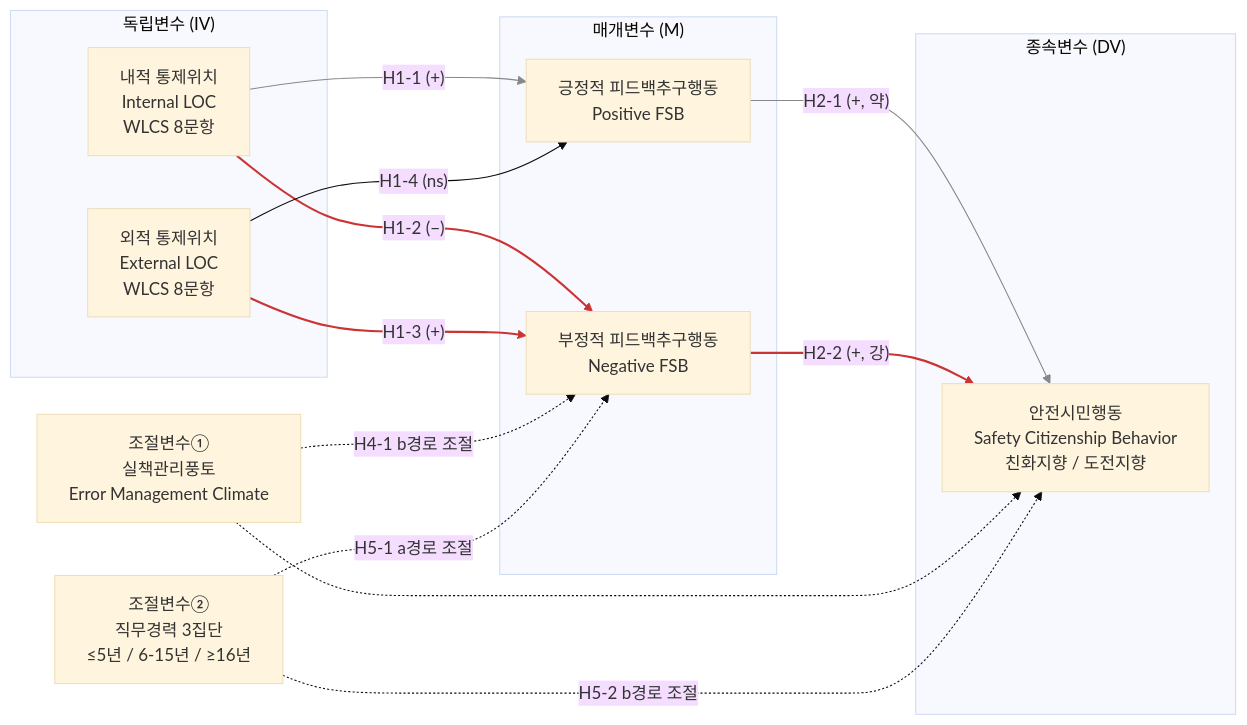
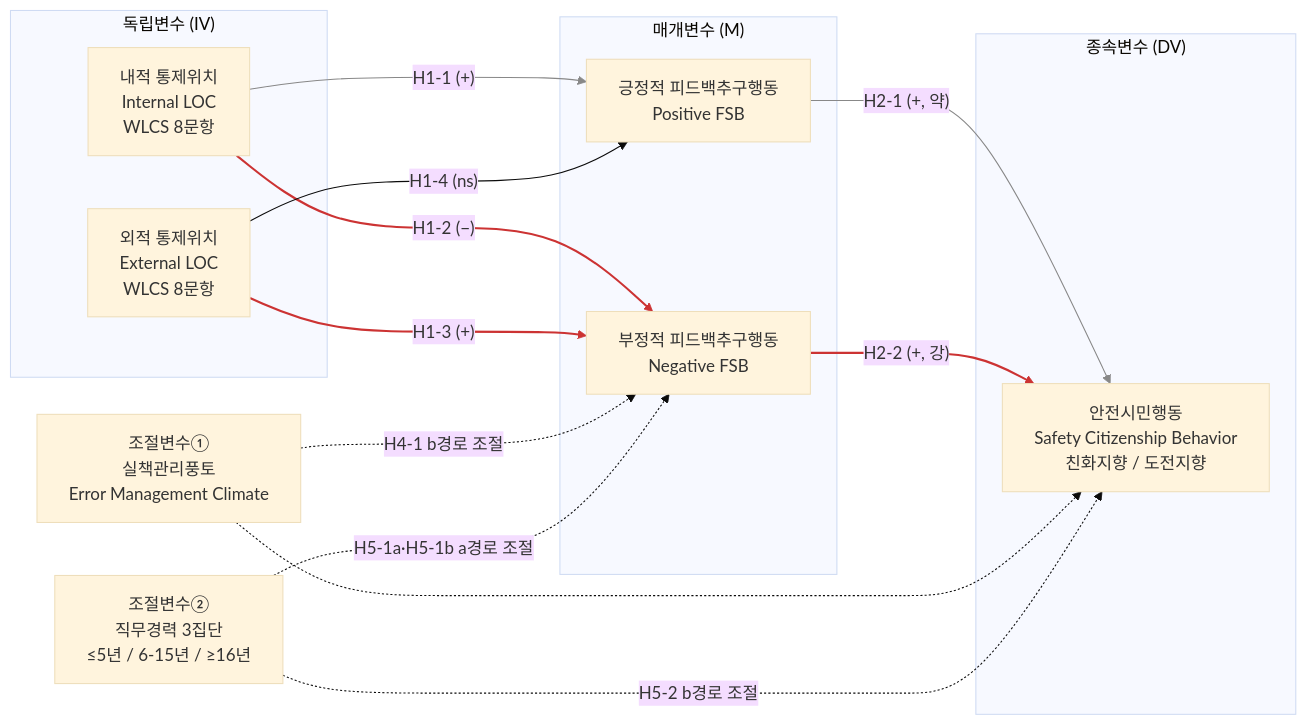
One commit to Young6575/Thesis changed the diagram in docs/01_연구모형_가설.md. Above: the diagram before and after it, drawn with Mermaid (base theme). The commit also changed 17 other files, not shown here.

````diff
--- a/docs/01_연구모형_가설.md
+++ b/docs/01_연구모형_가설.md
@@ -15,35 +15,35 @@
 ```mermaid
 flowchart LR
     subgraph IV["독립변수 (IV)"]
         I["내적 통제위치<br/>Internal LOC<br/>WLCS 8문항"]
         E["외적 통제위치<br/>External LOC<br/>WLCS 8문항"]
     end
 
     subgraph M["매개변수 (M)"]
         FP["긍정적 피드백추구행동<br/>Positive FSB"]
         FN["부정적 피드백추구행동<br/>Negative FSB"]
     end
 
     subgraph DV["종속변수 (DV)"]
         SCB["안전시민행동<br/>Safety Citizenship Behavior<br/>친화지향 / 도전지향"]
     end
 
     W1["조절변수①<br/>실책관리풍토<br/>Error Management Climate"]
     W2["조절변수②<br/>직무경력 3집단<br/>≤5년 / 6-15년 / ≥16년"]
 
     I -->|"H1-1 (+)"| FP
     I -->|"H1-2 (−)"| FN
     E -->|"H1-4 (ns)"| FP
     E -->|"H1-3 (+)"| FN
 
     FP -->|"H2-1 (+, 약)"| SCB
     FN -->|"H2-2 (+, 강)"| SCB
 
     W1 -.->|"H4-1 b경로 조절"| FN
     W1 -.-> SCB
-    W2 -.->|"H5-1 a경로 조절"| FN
+    W2 -.->|"H5-1a·H5-1b a경로 조절"| FN
     W2 -.->|"H5-2 b경로 조절"| SCB
 
     linkStyle 0,4 stroke:#888
     linkStyle 1,3,5 stroke:#c33,stroke-width:2px
 ```
````
